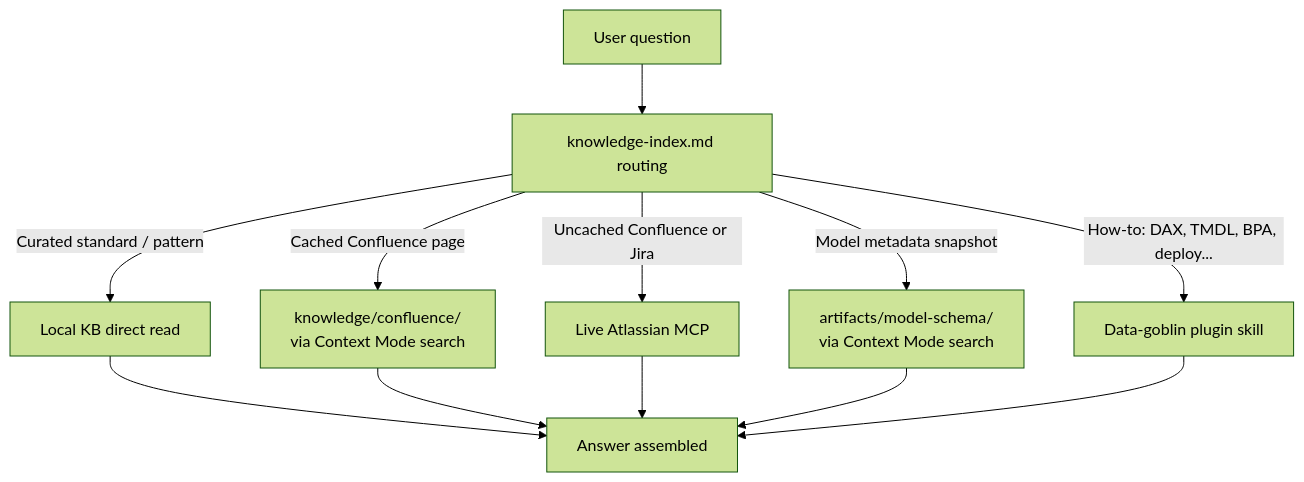
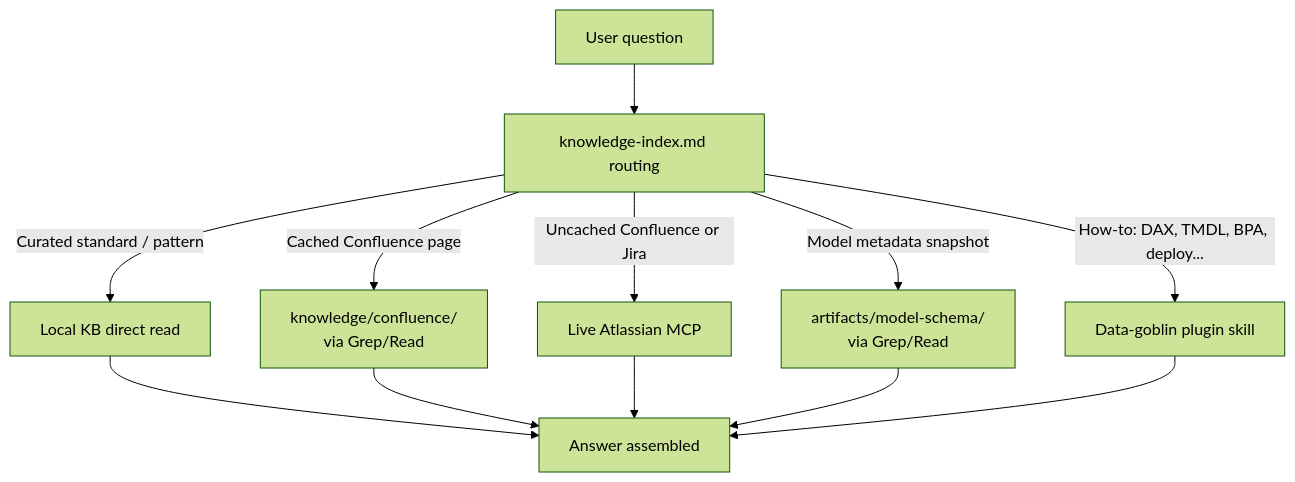
One commit to David-E-Kay/power-bi-assistant changed the first of 2 diagrams in docs/confluence-integration-overview.md. Above: the diagram before and after it, drawn with Mermaid (forest theme). The commit also changed other lines of this file and 18 other files, not shown here.

First line of the commit message:
refactor: remove Context Mode; relocate legacy .csx; clarify data-goblin

````diff
--- a/docs/confluence-integration-overview.md
+++ b/docs/confluence-integration-overview.md
@@ -25,14 +25,14 @@
 ```mermaid
 flowchart TD
     Q[User question] --> Idx[knowledge-index.md routing]
     Idx -->|"Curated standard / pattern"| LK[Local KB direct read]
-    Idx -->|"Cached Confluence page"| CC[knowledge/confluence/<br/>via Context Mode search]
+    Idx -->|"Cached Confluence page"| CC[knowledge/confluence/<br/>via Grep/Read]
     Idx -->|"Uncached Confluence or Jira"| LMCP[Live Atlassian MCP]
-    Idx -->|"Model metadata snapshot"| MS[artifacts/model-schema/<br/>via Context Mode search]
+    Idx -->|"Model metadata snapshot"| MS[artifacts/model-schema/<br/>via Grep/Read]
     Idx -->|"How-to: DAX, TMDL, BPA, deploy..."| DG[Data-goblin plugin skill]
     LK --> Ans[Answer assembled]
     CC --> Ans
     LMCP --> Ans
     MS --> Ans
     DG --> Ans
 ```
````
